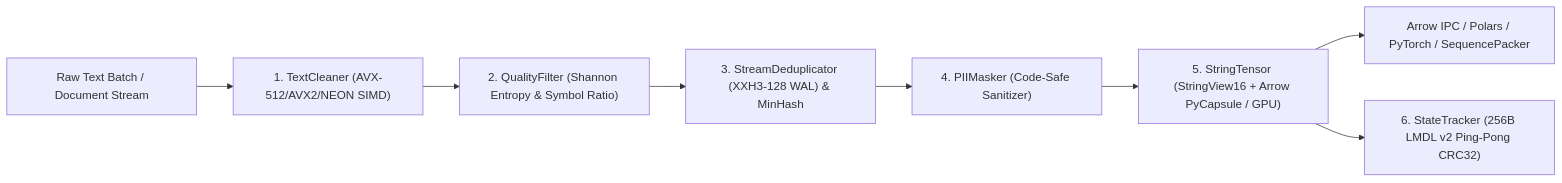
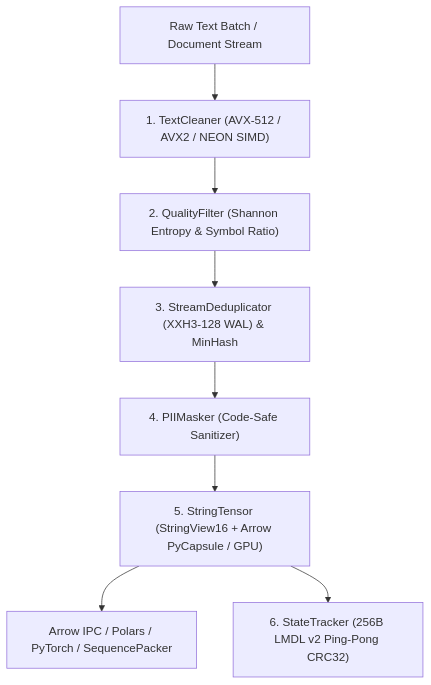
The second of 2 diagrams in docs/en/04_architecture_and_hardware.md (cloverx-id/luminamoon), drawn with Mermaid before and after one commit. The commit also changed other lines of this file and 52 other files, not shown here.

````diff
--- a/docs/en/04_architecture_and_hardware.md
+++ b/docs/en/04_architecture_and_hardware.md
@@ -34,10 +34,10 @@
 ```mermaid
-flowchart LR
-    Raw["Raw Text Batch / Document Stream"] --> Cleaner["1. TextCleaner (AVX-512/AVX2/NEON SIMD)"]
+flowchart TD
+    Raw["Raw Text Batch / Document Stream"] --> Cleaner["1. TextCleaner (AVX-512 / AVX2 / NEON SIMD)"]
     Cleaner --> Quality["2. QualityFilter (Shannon Entropy & Symbol Ratio)"]
     Quality --> Dedup["3. StreamDeduplicator (XXH3-128 WAL) & MinHash"]
     Dedup --> Masker["4. PIIMasker (Code-Safe Sanitizer)"]
     Masker --> Tensor["5. StringTensor (StringView16 + Arrow PyCapsule / GPU)"]
     Tensor --> Export["Arrow IPC / Polars / PyTorch / SequencePacker"]
     Tensor --> Checkpoint["6. StateTracker (256B LMDL v2 Ping-Pong CRC32)"]
 ```
````
